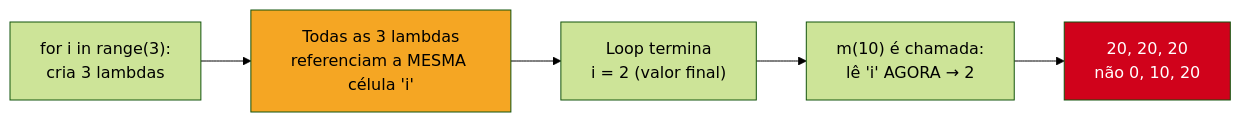
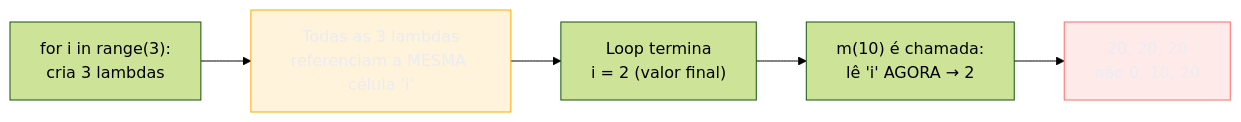
One commit to josenaldo/codex-technomanticus changed the second of 3 diagrams in 03-Dominios/Tecnologia/Python/Certificação (PCEP-PCAP)/05 - PCAP — miscellaneous, comprehensions, lambdas, closures e arquivos.md. Above: the diagram before and after it, drawn with Mermaid (forest theme). The commit also changed other lines of this file and 1181 other files, not shown here.

First line of the commit message:
fix(diagramas): paleta do sistema no lugar de cor cravada no markdown

````diff
--- a/03-Dominios/Tecnologia/Python/Certificação (PCEP-PCAP)/05 - PCAP — miscellaneous, comprehensions, lambdas, closures e arquivos.md
+++ b/03-Dominios/Tecnologia/Python/Certificação (PCEP-PCAP)/05 - PCAP — miscellaneous, comprehensions, lambdas, closures e arquivos.md
@@ -200,10 +204,12 @@
 ```mermaid
 flowchart LR
+    classDef destaque fill:#FFAA0024,stroke:#FFAA00,color:#E9ECF2
+    classDef falha fill:#FF6B6B24,stroke:#FF6B6B,color:#E9ECF2
     A["for i in range(3):<br/>cria 3 lambdas"] --> B["Todas as 3 lambdas<br/>referenciam a MESMA célula 'i'"]
     B --> C["Loop termina<br/>i = 2 (valor final)"]
     C --> D["m(10) é chamada:<br/>lê 'i' AGORA → 2"]
     D --> E["20, 20, 20<br/>não 0, 10, 20"]
 
-    style B fill:#F5A623,color:#000
-    style E fill:#D0021B,color:#fff
+    class B destaque
+    class E falha
 ```
````
